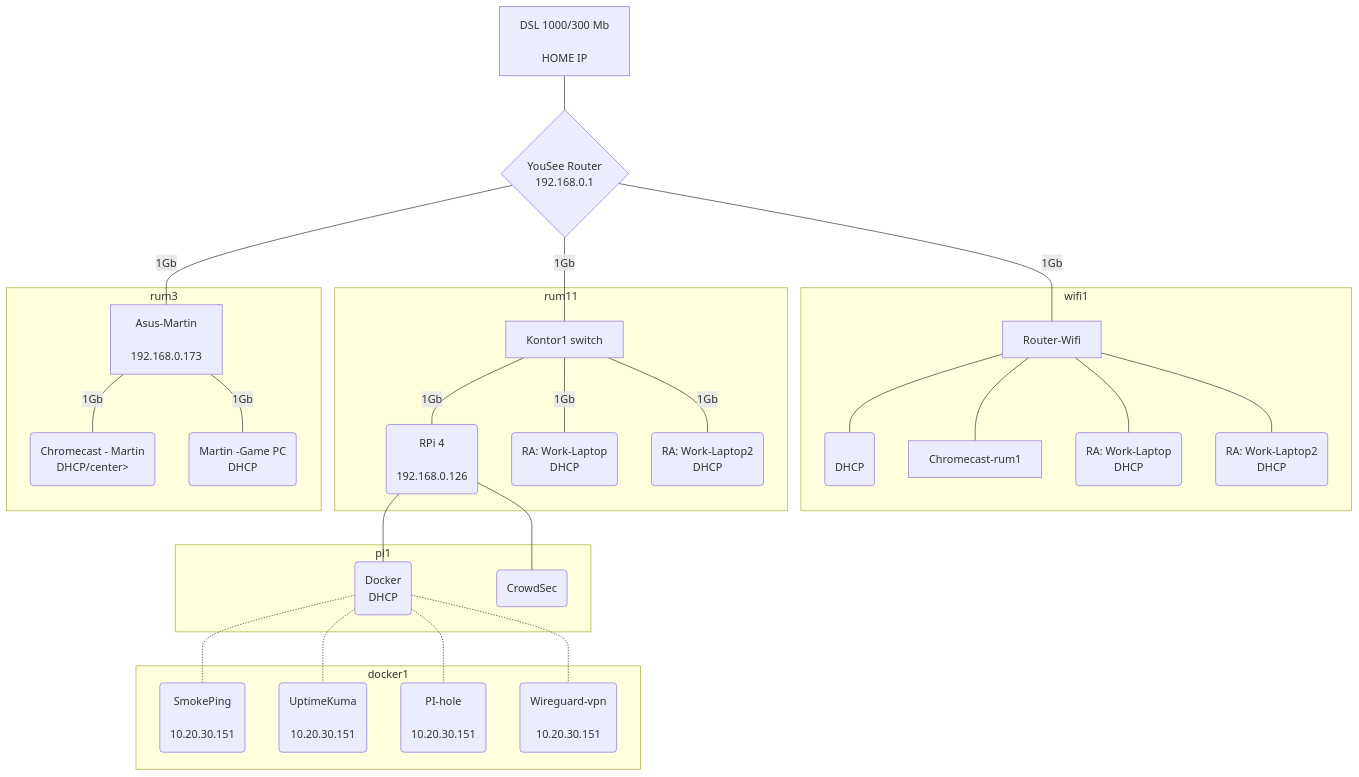
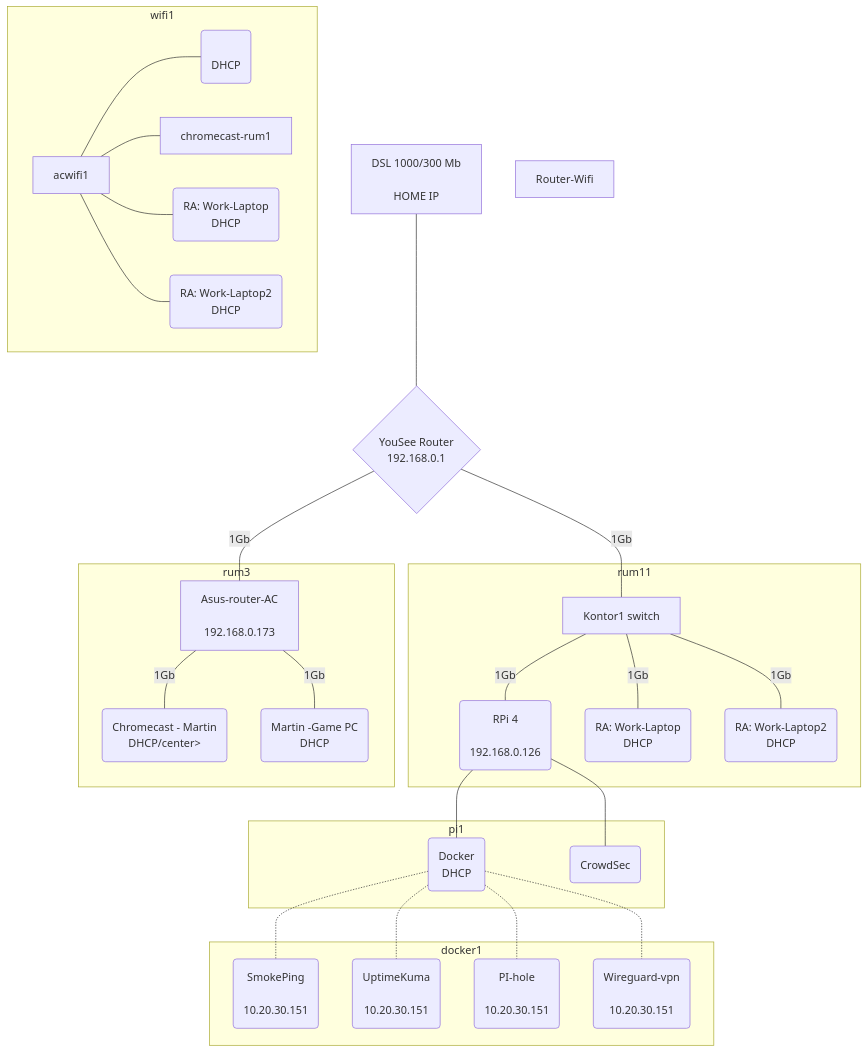
The diagram in Docs/Index.md (alf149/ansible), drawn with Mermaid before and after one commit.

Commit message:
more aurate

````diff
--- a/Docs/Index.md
+++ b/Docs/Index.md
@@ -3,40 +3,40 @@
 ```mermaid
 graph TB
  linkStyle default interpolate basis
  wan1[<center>DSL 1000/300 Mb<br><br>HOME IP</center>]---router{<center>YouSee Router<br>192.168.0.1</center>}
  router---|1Gb|switch1[<center>Kontor1 switch</center>]
- router---|1Gb|switch2[<center>Asus-Martin<br><br>192.168.0.173</center>]
- router---|1Gb|acwifi1[<center>Router-Wifi</center>]
+ router---|1Gb|switch2[<center>Asus-router-AC<br><br>192.168.0.173</center>]
+ router-,-acwifi1[<center>Router-Wifi</center>]
 
  subgraph wifi1
- acwifi1---Chromecast-rum0(<center><br>DHCP</center>)
- acwifi1---Chromecast-rum1
+ acwifi1---chromecast-rum0(<center><br>DHCP</center>)
+ acwifi1---chromecast-rum1
  acwifi1---ra-work(<center>RA: Work-Laptop<br>DHCP</center>)
  acwifi1---ra-work-lab(<center>RA: Work-Laptop2<br>DHCP</center>)
  end
 
 
  subgraph rum11
  switch1---|1Gb|pi(<center>RPi 4<br><br>192.168.0.126</center>)
  switch1---|1Gb|work(<center>RA: Work-Laptop<br>DHCP</center>)
  switch1---|1Gb|work-lab(<center>RA: Work-Laptop2<br>DHCP</center>)
  end
  
  subgraph rum3
- switch2---|1Gb|chromecast(<center>Chromecast - Martin<br>DHCP/center>)
- switch2---|1Gb|game-pc(<center>Martin -Game PC<br>DHCP</center>)
+ switch2---|1Gb|chromecast-rum3(<center>Chromecast - Martin<br>DHCP/center>)
+ switch2---|1Gb|gamer-pc(<center>Martin -Game PC<br>DHCP</center>)
  end
 
  subgraph pi1
  pi---docker(<center>Docker<br>DHCP</center>)
  pi---crowdsec(<center>CrowdSec</center>)
  end
 
 subgraph docker1
  docker-.-smokeping(<center>SmokePing<br><br>10.20.30.151</center>)
  docker-.-uptimeKuma(<center>UptimeKuma<br><br>10.20.30.151</center>)
  docker-.-pihole(<center>PI-hole<br><br>10.20.30.151</center>)
  docker-.-wireguardvpn(<center>Wireguard-vpn<br><br>10.20.30.151</center>)
  
  end
  ```
````
